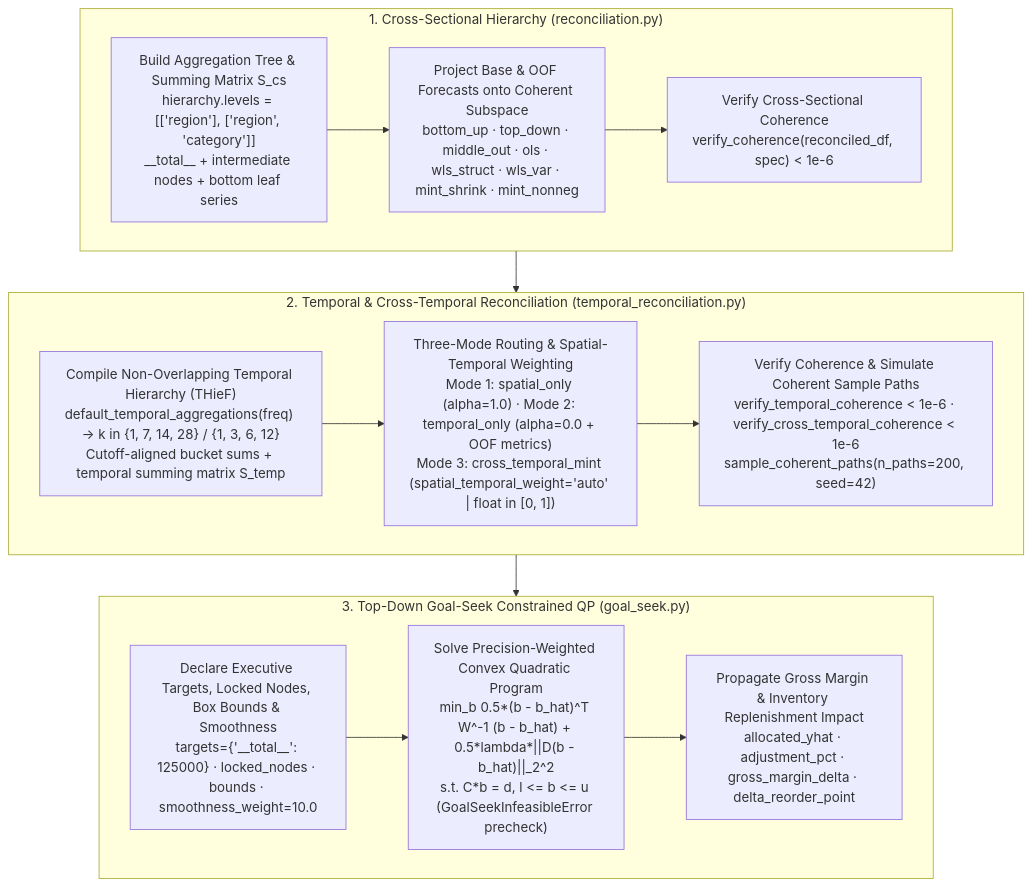
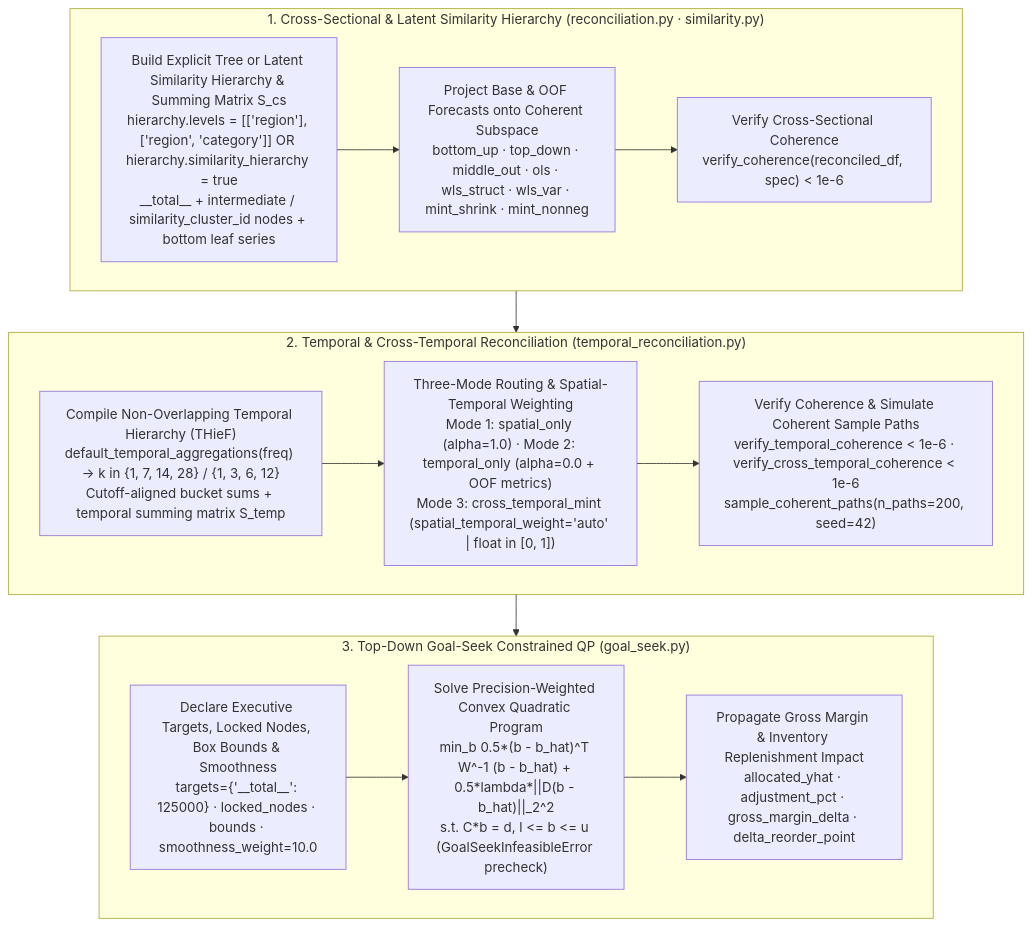
The diagram in docs/hierarchical_forecasting.md (statmike/scale-forecasting), drawn with Mermaid before and after one commit. The commit also changed other lines of this file and 31 other files, not shown here.

````diff
--- a/docs/hierarchical_forecasting.md
+++ b/docs/hierarchical_forecasting.md
@@ -7,25 +7,25 @@
 ```mermaid
 flowchart TD
-    subgraph S1["1. Cross-Sectional Hierarchy (reconciliation.py)"]
-        CS1["Build Aggregation Tree & Summing Matrix S_cs<br/>hierarchy.levels = [['region'], ['region', 'category']]<br/>__total__ + intermediate nodes + bottom leaf series"]
+    subgraph S1["1. Cross-Sectional & Latent Similarity Hierarchy (reconciliation.py · similarity.py)"]
+        CS1["Build Explicit Tree or Latent Similarity Hierarchy & Summing Matrix S_cs<br/>hierarchy.levels = [['region'], ['region', 'category']] OR hierarchy.similarity_hierarchy = true<br/>__total__ + intermediate / similarity_cluster_id nodes + bottom leaf series"]
         CS2["Project Base & OOF Forecasts onto Coherent Subspace<br/>bottom_up · top_down · middle_out · ols · wls_struct · wls_var · mint_shrink · mint_nonneg"]
         CS3["Verify Cross-Sectional Coherence<br/>verify_coherence(reconciled_df, spec) < 1e-6"]
         CS1 --> CS2 --> CS3
     end
 
     subgraph S2["2. Temporal & Cross-Temporal Reconciliation (temporal_reconciliation.py)"]
         TH1["Compile Non-Overlapping Temporal Hierarchy (THieF)<br/>default_temporal_aggregations(freq) -> k in {1, 7, 14, 28} / {1, 3, 6, 12}<br/>Cutoff-aligned bucket sums + temporal summing matrix S_temp"]
         TH2["Three-Mode Routing & Spatial-Temporal Weighting<br/>Mode 1: spatial_only (alpha=1.0) · Mode 2: temporal_only (alpha=0.0 + OOF metrics)<br/>Mode 3: cross_temporal_mint (spatial_temporal_weight='auto' | float in [0, 1])"]
         TH3["Verify Coherence & Simulate Coherent Sample Paths<br/>verify_temporal_coherence < 1e-6 · verify_cross_temporal_coherence < 1e-6<br/>sample_coherent_paths(n_paths=200, seed=42)"]
         TH1 --> TH2 --> TH3
     end
 
     subgraph S3["3. Top-Down Goal-Seek Constrained QP (goal_seek.py)"]
         GS1["Declare Executive Targets, Locked Nodes, Box Bounds & Smoothness<br/>targets={'__total__': 125000} · locked_nodes · bounds · smoothness_weight=10.0"]
         GS2["Solve Precision-Weighted Convex Quadratic Program<br/>min_b 0.5*(b - b_hat)^T W^-1 (b - b_hat) + 0.5*lambda*||D(b - b_hat)||_2^2<br/>s.t. C*b = d, l <= b <= u (GoalSeekInfeasibleError precheck)"]
         GS3["Propagate Gross Margin & Inventory Replenishment Impact<br/>allocated_yhat · adjustment_pct · gross_margin_delta · delta_reorder_point"]
         GS1 --> GS2 --> GS3
     end
 
     S1 --> S2 --> S3
 ```
````
